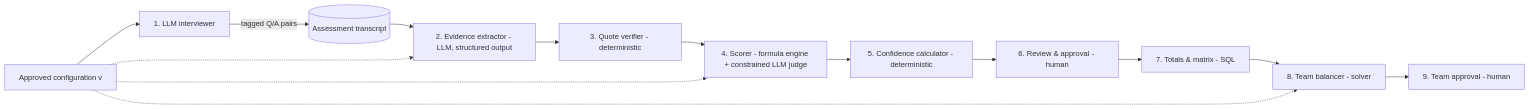
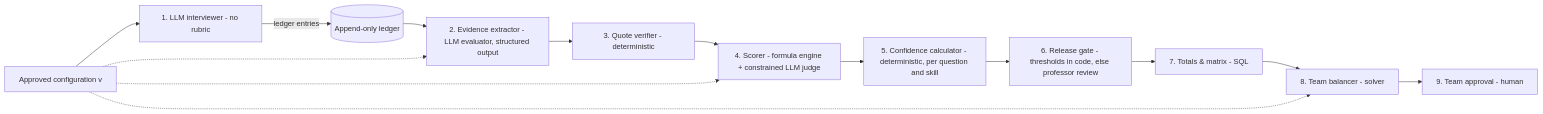
The diagram in docs/discovery-canvas.md (BBoushe/nifty), drawn with Mermaid before and after one commit. The commit also changed other lines of this file and 1 other file, not shown here.

````diff
--- a/docs/discovery-canvas.md
+++ b/docs/discovery-canvas.md
@@ -327,16 +376,16 @@
 ```mermaid
 flowchart LR
     CFG[Approved configuration v<n>] --> INT
-    INT[1. LLM interviewer] -->|tagged Q/A pairs| TR[(Assessment transcript)]
-    TR --> EXT[2. Evidence extractor - LLM, structured output]
+    INT[1. LLM interviewer - no rubric] -->|ledger entries| TR[(Append-only ledger)]
+    TR --> EXT[2. Evidence extractor - LLM evaluator, structured output]
     EXT --> VER[3. Quote verifier - deterministic]
     VER --> SCO[4. Scorer - formula engine + constrained LLM judge]
-    SCO --> CONF[5. Confidence calculator - deterministic]
-    CONF --> REV[6. Review & approval - human]
+    SCO --> CONF[5. Confidence calculator - deterministic, per question and skill]
+    CONF --> REV["6. Release gate - thresholds in code, else professor review"]
     REV --> AGG[7. Totals & matrix - SQL]
     AGG --> BAL[8. Team balancer - solver]
     BAL --> REV2[9. Team approval - human]
     CFG -.-> EXT
     CFG -.-> SCO
     CFG -.-> BAL
 ```
````
